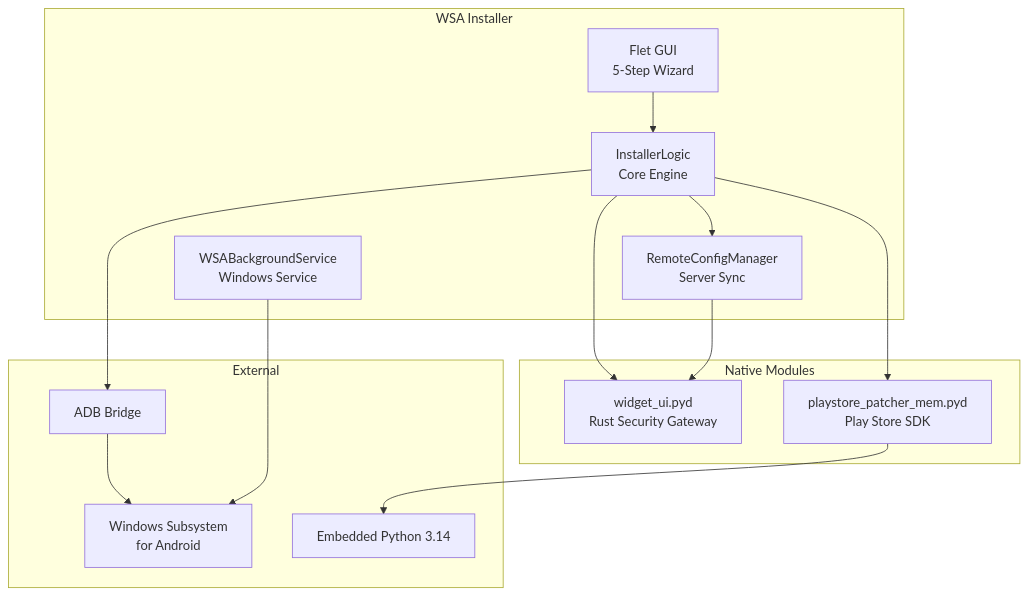
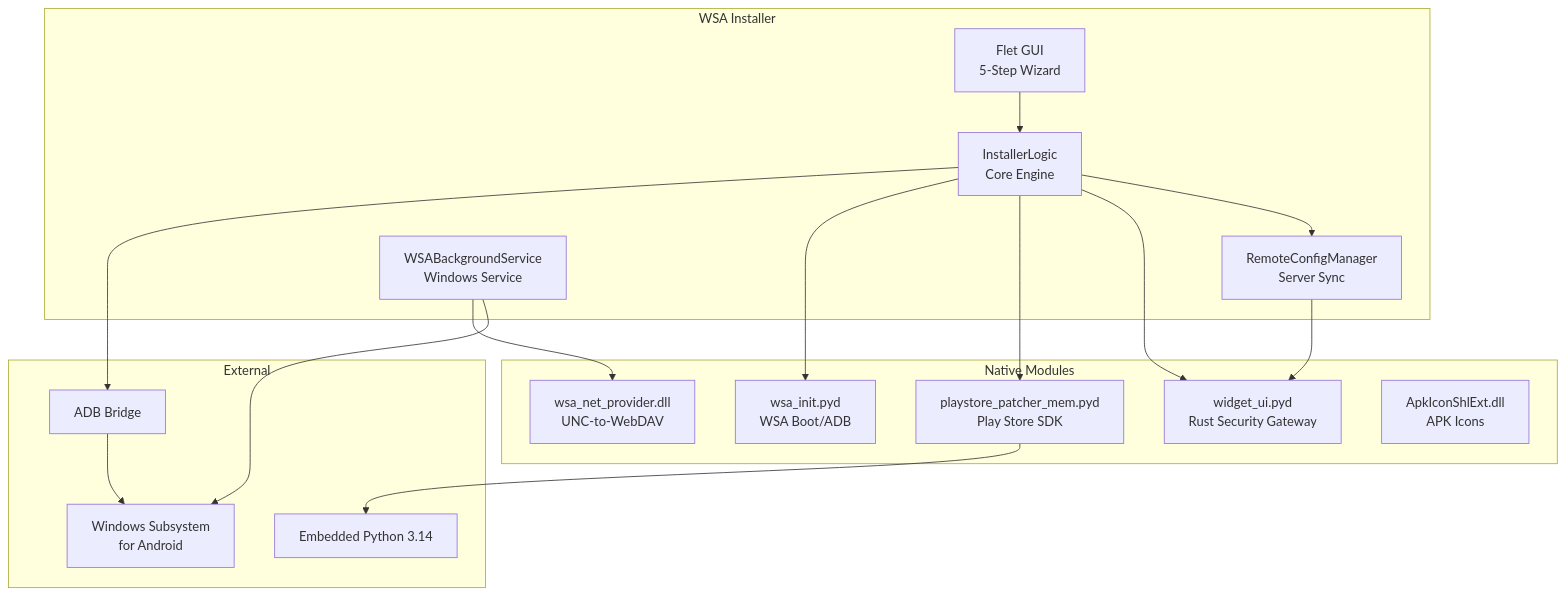
The diagram in README.md (WSA-Installer/.github), drawn with Mermaid before and after one commit. The commit also changed other lines of this file, not shown here.

First line of the commit message:
docs: update org profile with official icon, embedded-tools, and new features

````diff
--- a/README.md
+++ b/README.md
@@ -116,30 +121,35 @@
 ```mermaid
 graph TB
     subgraph "WSA Installer"
         GUI[Flet GUI<br/>5-Step Wizard]
         IL[InstallerLogic<br/>Core Engine]
         RC[RemoteConfigManager<br/>Server Sync]
         BG[WSABackgroundService<br/>Windows Service]
     end
 
     subgraph "Native Modules"
         WU[widget_ui.pyd<br/>Rust Security Gateway]
         PS[playstore_patcher_mem.pyd<br/>Play Store SDK]
+        WI[wsa_init.pyd<br/>WSA Boot/ADB]
+        NP[wsa_net_provider.dll<br/>UNC-to-WebDAV]
+        APK[ApkIconShlExt.dll<br/>APK Icons]
     end
 
     subgraph "External"
         ADB[ADB Bridge]
         WSA[Windows Subsystem<br/>for Android]
         PY[Embedded Python 3.14]
     end
 
     GUI --> IL
     IL --> RC
     IL --> WU
     IL --> PS
+    IL --> WI
     IL --> ADB
     ADB --> WSA
     PS --> PY
     BG --> WSA
+    BG --> NP
     RC --> WU
 ```
````
